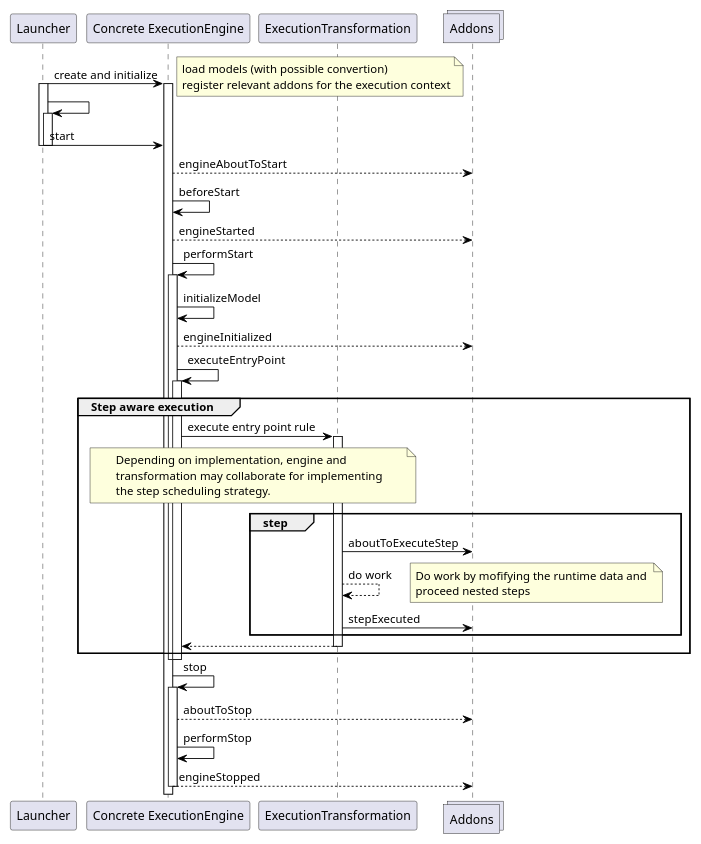
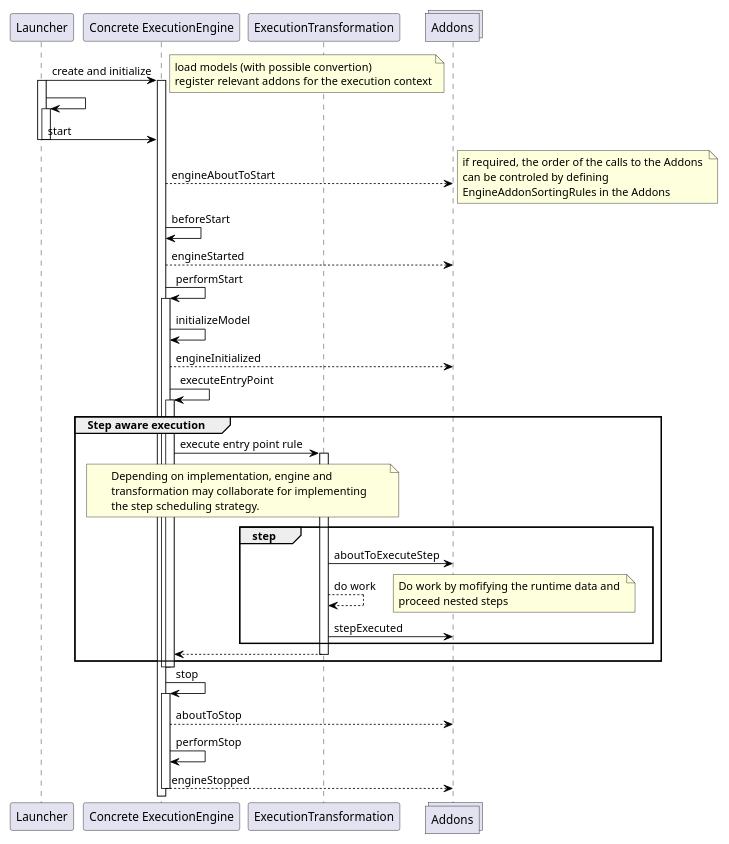
The diagram in framework/execution_framework/docs/dev/images/dev/ExecutionEngine_Typical_flow_SD.plantuml (eclipse-gemoc/gemoc-studio-modeldebugging), drawn with PlantUML before and after one commit. The commit also changed 2 other files, not shown here.

Commit message:
updated documentation about IEngineAddon interface
contributes to
https://github.com/eclipse/gemoc-studio-modeldebugging/issues/151

```diff
--- a/framework/execution_framework/docs/dev/images/dev/ExecutionEngine_Typical_flow_SD.plantuml
+++ b/framework/execution_framework/docs/dev/images/dev/ExecutionEngine_Typical_flow_SD.plantuml
@@ -3,77 +3,82 @@
 @startuml
 skinparam class {
 	BackgroundColor White
 	ArrowColor Black
 	BorderColor Black
 }
 
 scale max 1024 width
 scale max 800 height
 
 participant Launcher
 participant "Concrete ExecutionEngine" as Engine
 participant ExecutionTransformation
 collections Addons as addon
 
 
 Launcher -> Engine : create and initialize
 activate Engine
 
 note right
 	load models (with possible convertion)
 	register relevant addons for the execution context
 end note
 
 activate Launcher
 Launcher -> Launcher : 
 activate Launcher
 
 Launcher -> Engine : start
 
 deactivate Launcher
 
 deactivate Launcher
 
 Engine --> addon : engineAboutToStart
+note right
+	if required, the order of the calls to the Addons 
+	can be controled by defining 
+	EngineAddonSortingRules in the Addons
+end note
 Engine -> Engine : beforeStart
 Engine --> addon : engineStarted
 Engine -> Engine : performStart
 activate Engine 
 
 Engine -> Engine: initializeModel
 Engine --> addon: engineInitialized
 Engine -> Engine: executeEntryPoint
 
 activate Engine
  
 group Step aware execution
 	Engine -> ExecutionTransformation: execute entry point rule
 	activate ExecutionTransformation
 	note over Engine, ExecutionTransformation
 		Depending on implementation, engine and 
 		transformation may collaborate for implementing
 		the step scheduling strategy.
 	end note
 	group step
 	ExecutionTransformation -> addon: aboutToExecuteStep
 	ExecutionTransformation --> ExecutionTransformation : do work 
 		note right
 			Do work by mofifying the runtime data and 
 			proceed nested steps
 		end note
 	ExecutionTransformation -> addon: stepExecuted
 	end group
 	ExecutionTransformation --> Engine: 
 	deactivate ExecutionTransformation
 end
  
 deactivate Engine
 deactivate Engine
 Engine -> Engine : stop
 activate Engine
 Engine --> addon : aboutToStop
 Engine -> Engine : performStop
 Engine --> addon : engineStopped
 deactivate Engine
 
 @enduml
```
